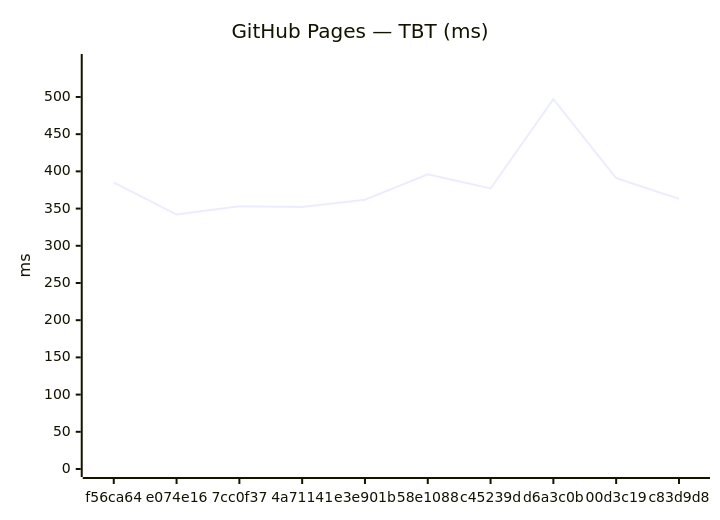
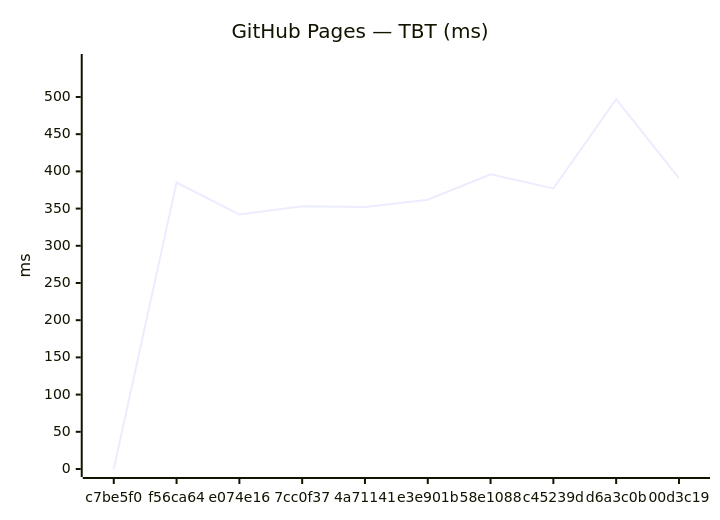
The fourth of 18 diagrams in benchmarks/compare.md (Metaheurist/Rianell), drawn with Mermaid before and after one commit. The commit also changed other lines of this file and 11 other files, not shown here.

````diff
--- a/benchmarks/compare.md
+++ b/benchmarks/compare.md
@@ -61,7 +61,7 @@
 ```mermaid
 xychart-beta
     title "GitHub Pages — TBT (ms)"
-    x-axis ["f56ca64", "e074e16", "7cc0f37", "4a71141", "e3e901b", "58e1088", "c45239d", "d6a3c0b", "00d3c19", "c83d9d8"]
+    x-axis ["c7be5f0", "f56ca64", "e074e16", "7cc0f37", "4a71141", "e3e901b", "58e1088", "c45239d", "d6a3c0b", "00d3c19"]
     y-axis "ms" 0 --> 547
-    line [385, 342, 353, 352, 362, 396, 377, 497, 391, 363]
+    line [0, 385, 342, 353, 352, 362, 396, 377, 497, 391]
 ```
````
